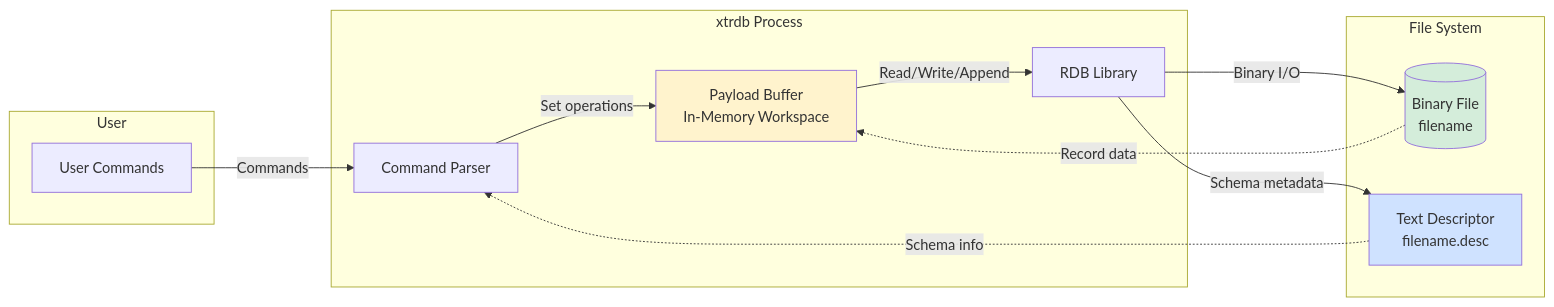
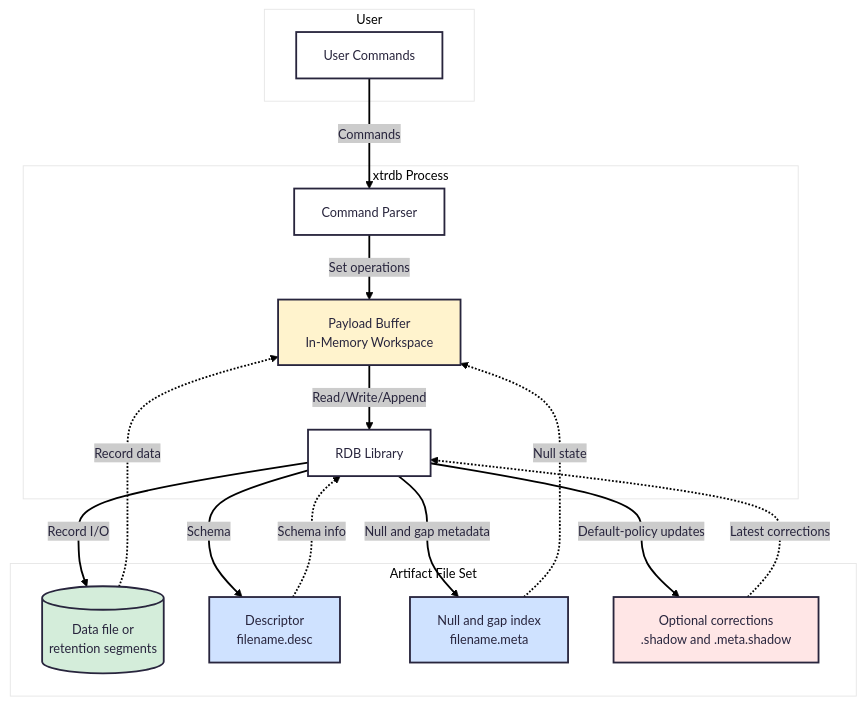
The third of 7 diagrams in src/rdb/README.md (michalwidera/retractordb), drawn with Mermaid before and after one commit. The commit also changed other lines of this file, not shown here.

````diff
--- a/src/rdb/README.md
+++ b/src/rdb/README.md
@@ -337,29 +358,38 @@
 ```mermaid
-flowchart LR
+%%{init: {'theme': 'redux-color', "flowchart" : { "curve" : "basis" } } }%%
+flowchart TD
     subgraph User
         A[User Commands]
     end
     
     subgraph xtrdb["xtrdb Process"]
         B[Command Parser]
         C[Payload Buffer<br/>In-Memory Workspace]
         D[RDB Library]
     end
     
-    subgraph Storage["File System"]
-        E[(Binary File<br/>filename)]
-        F[Text Descriptor<br/>filename.desc]
+    subgraph Storage["Artifact File Set"]
+        E[(Data file or<br/>retention segments)]
+        F[Descriptor<br/>filename.desc]
+        G[Null and gap index<br/>filename.meta]
+        H[Optional corrections<br/>.shadow and .meta.shadow]
     end
     
     A -->|Commands| B
     B -->|Set operations| C
     C -->|Read/Write/Append| D
-    D -->|Binary I/O| E
-    D -->|Schema metadata| F
+    D -->|Record I/O| E
+    D -->|Schema| F
+    D -->|Null and gap metadata| G
+    D -->|Default-policy updates| H
     E -.->|Record data| C
-    F -.->|Schema info| B
+    F -.->|Schema info| D
+    G -.->|Null state| C
+    H -.->|Latest corrections| D
     
     style C fill:#fff3cd
     style E fill:#d4edda
     style F fill:#cfe2ff
+    style G fill:#cfe2ff
+    style H fill:#ffe6e6
 ```
````
